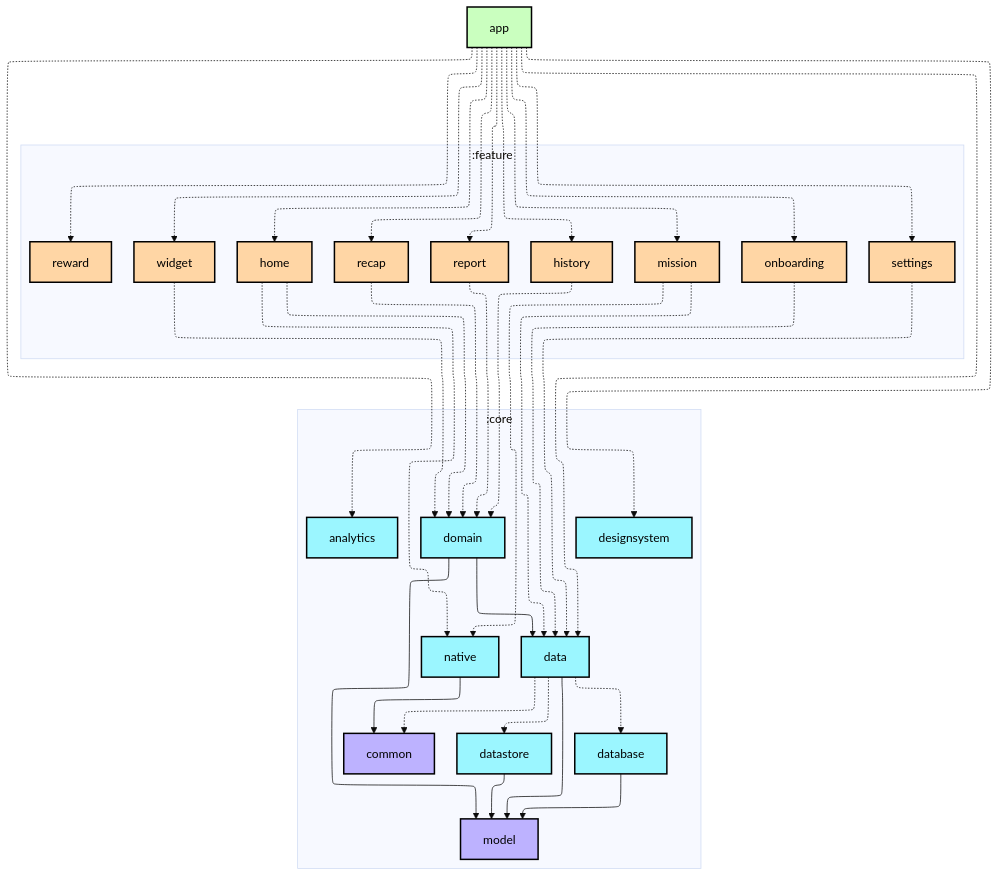
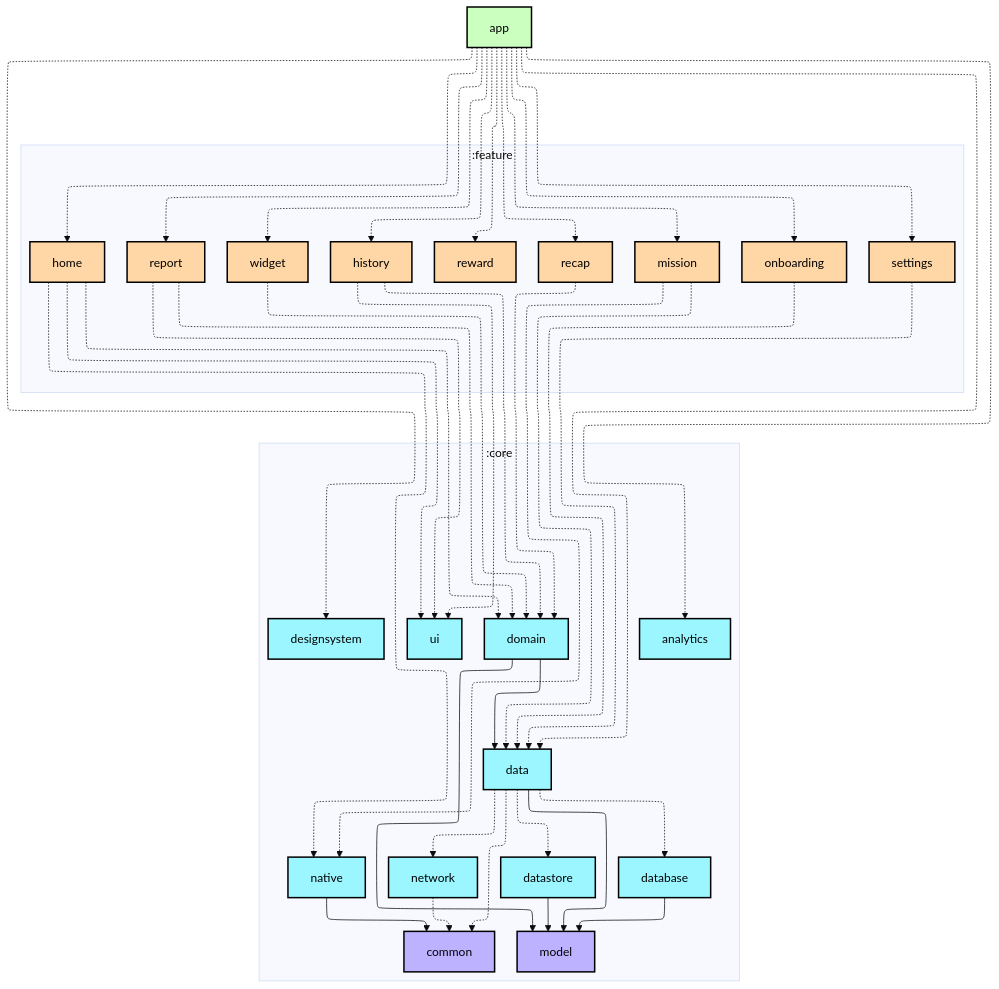
The first of 2 diagrams in app/README.md (Sunior-k/walklog), drawn with Mermaid (base theme) before and after one commit. The commit also changed 131 other files, not shown here.

```diff
--- a/app/README.md
+++ b/app/README.md
@@ -39,6 +39,8 @@
     :core:model[model]:::jvm-library
     :core:analytics[analytics]:::android-library
     :core:designsystem[designsystem]:::android-library
+    :core:ui[ui]:::android-library
+    :core:network[network]:::android-library
   end
 
   :app -.-> :feature:home
@@ -61,6 +63,9 @@
   :feature:recap -.-> :core:domain
   :feature:report -.-> :core:domain
   :feature:history -.-> :core:domain
+  :feature:history -.-> :core:ui
+  :feature:home -.-> :core:ui
+  :feature:report -.-> :core:ui
   :feature:widget -.-> :core:domain
   :feature:onboarding -.-> :core:data
   :feature:settings -.-> :core:data
@@ -71,7 +76,9 @@
   :core:data --> :core:model
   :core:data -.-> :core:database
   :core:data -.-> :core:datastore
+  :core:data -.-> :core:network
   :core:data -.-> :core:common
+  :core:network -.-> :core:common
   :core:database --> :core:model
   :core:datastore --> :core:model
 
```
